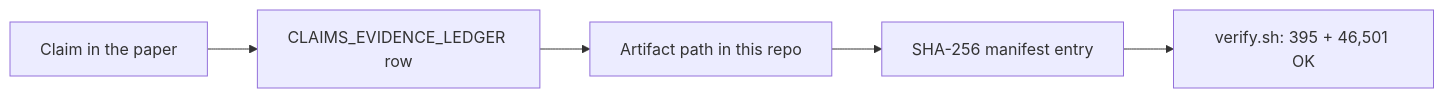
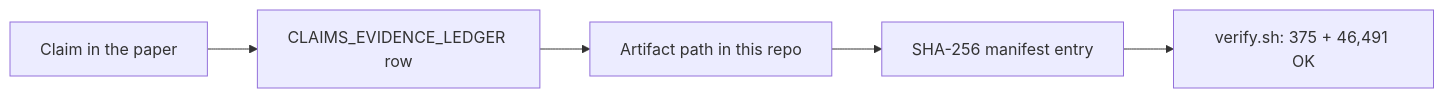
Before and after one commit to 0xLAB-art/belief-tomography-artifact: the diagram in README.md, drawn with Mermaid. The commit also changed other lines of this file and 40 other files, not shown here.

````diff
--- a/README.md
+++ b/README.md
@@ -51,7 +51,7 @@
 ```mermaid
 flowchart LR
     A["Claim in the paper"] --> B["CLAIMS_EVIDENCE_LEDGER row"]
     B --> C["Artifact path in this repo"]
     C --> D["SHA-256 manifest entry"]
-    D --> E["verify.sh: 395 + 46,501 OK"]
+    D --> E["verify.sh: 375 + 46,491 OK"]
 ```
````
